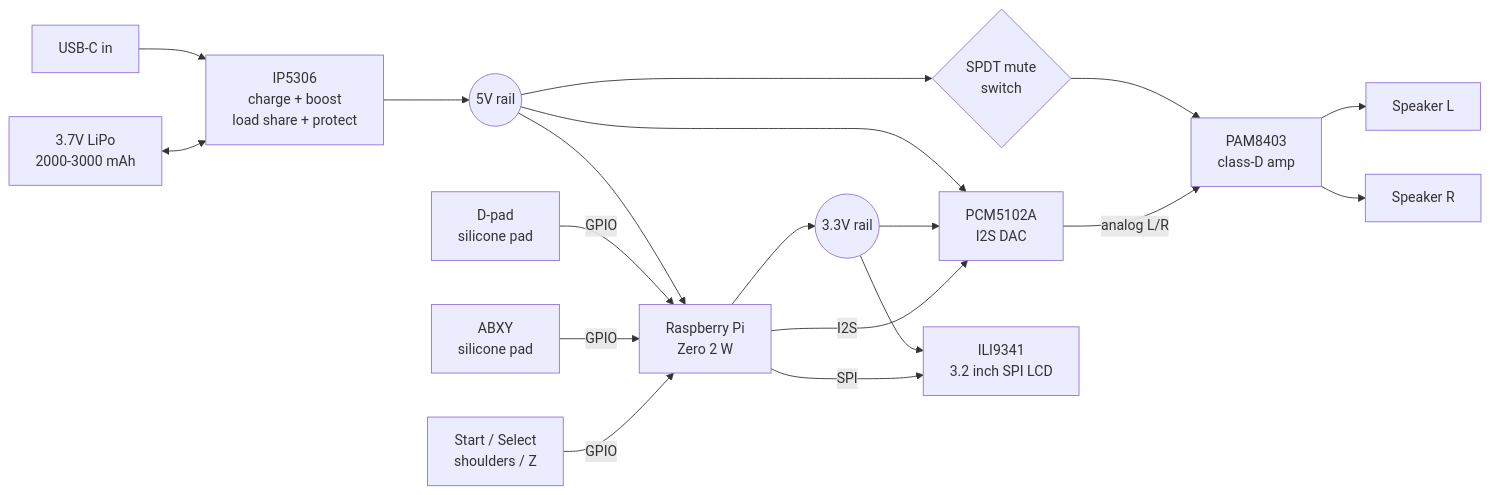
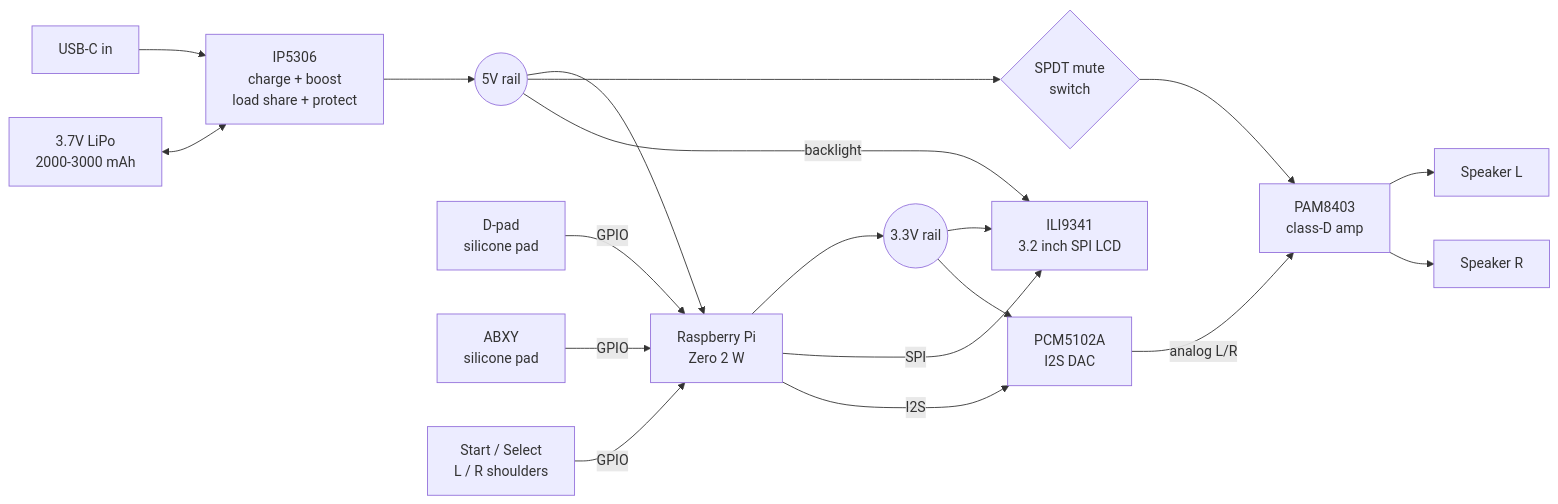
The diagram in README.md (spudger/marathon), drawn with Mermaid before and after one commit. The commit also changed other lines of this file and 5 other files, not shown here.

````diff
--- a/README.md
+++ b/README.md
@@ -35,37 +36,37 @@
 ```mermaid
 flowchart LR
     USBC[USB-C in]
     BAT[3.7V LiPo<br/>2000-3000 mAh]
     IP5306[IP5306<br/>charge + boost<br/>load share + protect]
     V5((5V rail))
     V33((3.3V rail))
     PI[Raspberry Pi<br/>Zero 2 W]
     MUTE{SPDT mute<br/>switch}
     PAM[PAM8403<br/>class-D amp]
     DAC[PCM5102A<br/>I2S DAC]
     LCD[ILI9341<br/>3.2 inch SPI LCD]
     SPK1[Speaker L]
     SPK2[Speaker R]
     DPAD[D-pad<br/>silicone pad]
     ABXY[ABXY<br/>silicone pad]
-    TACT[Start / Select<br/>shoulders / Z]
+    TACT[Start / Select<br/>L / R shoulders]
 
     USBC --> IP5306
     BAT <--> IP5306
     IP5306 --> V5
     V5 --> PI
     V5 --> MUTE
     MUTE --> PAM
-    V5 --> DAC
+    V5 -->|backlight| LCD
     PI --> V33
     V33 --> LCD
     V33 --> DAC
     PI -->|SPI| LCD
     PI -->|I2S| DAC
     DAC -->|analog L/R| PAM
     PAM --> SPK1
     PAM --> SPK2
     DPAD -->|GPIO| PI
     ABXY -->|GPIO| PI
     TACT -->|GPIO| PI
 ```
````
